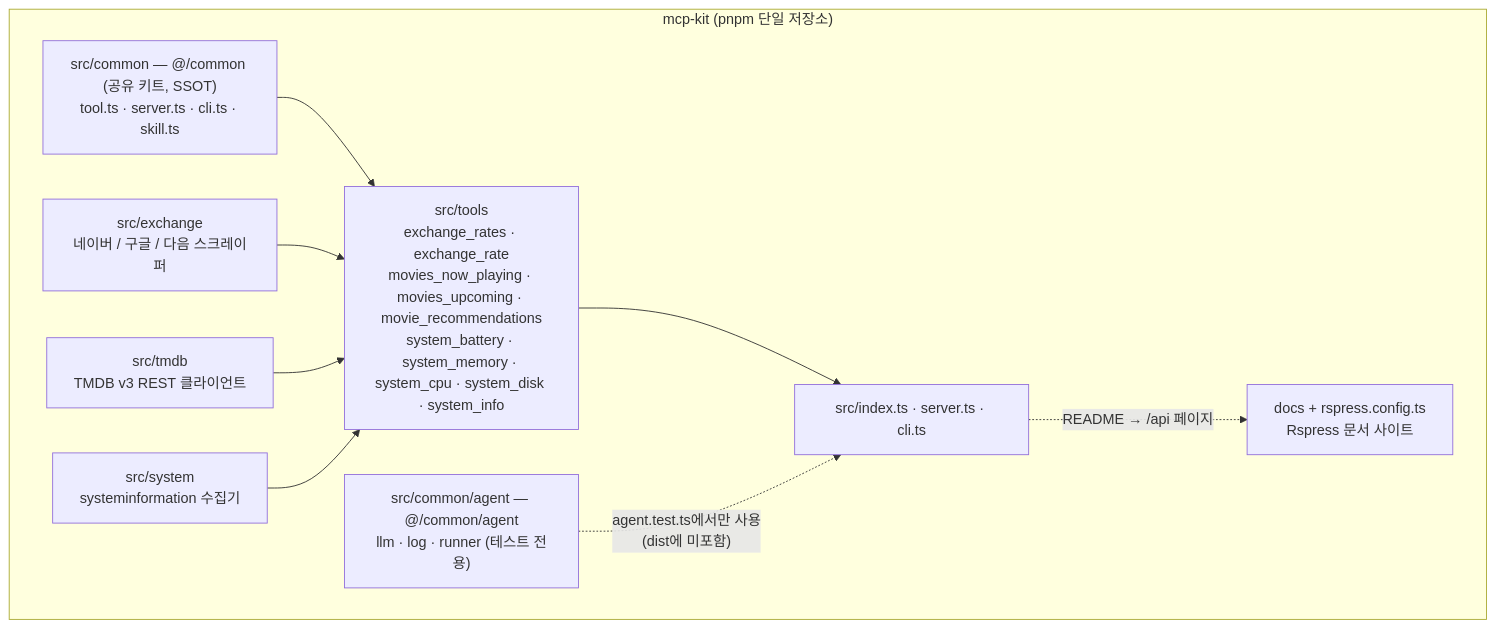
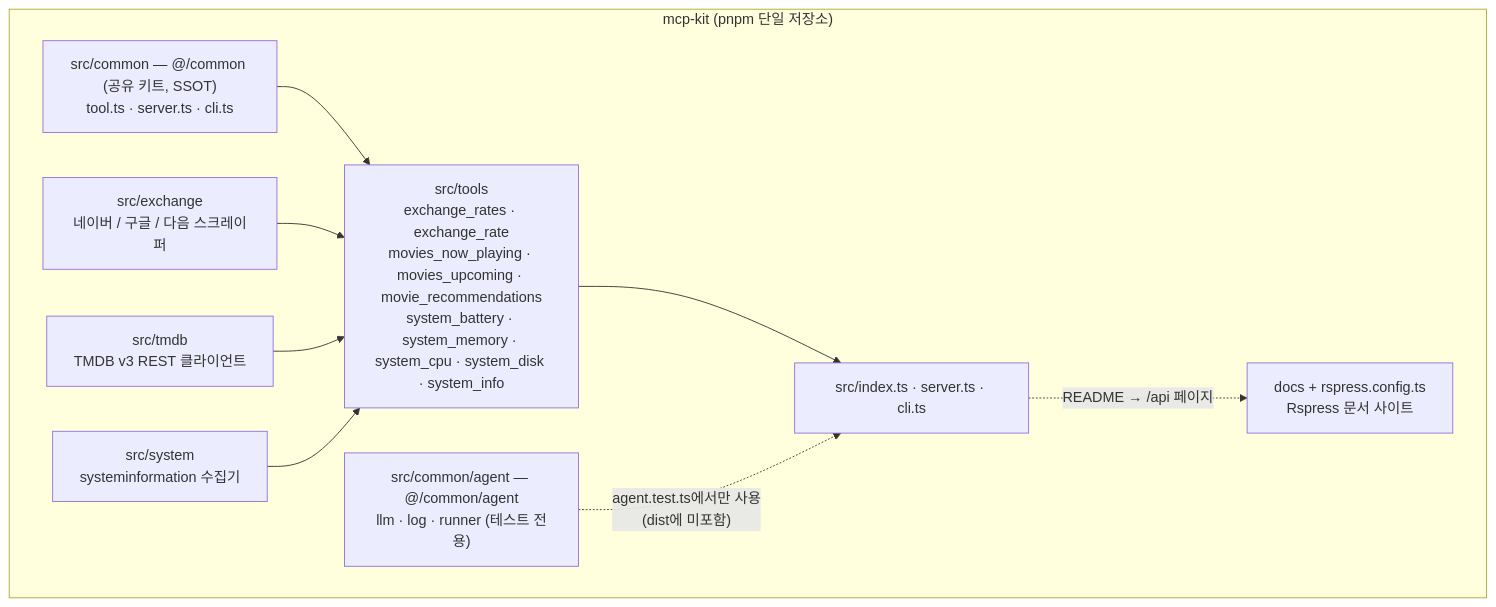
The first of 4 diagrams in docs/ko/03-architecture.md (jl917/mcp-kit), drawn with Mermaid before and after one commit. The commit also changed other lines of this file and 43 other files, not shown here.

````diff
--- a/docs/ko/03-architecture.md
+++ b/docs/ko/03-architecture.md
@@ -164,21 +162,21 @@
 ```mermaid
 graph TD
     subgraph Repo["mcp-kit (pnpm 단일 저장소)"]
-        Common["src/common — @/common (공유 키트, SSOT)<br/>tool.ts · server.ts · cli.ts · skill.ts"]
+        Common["src/common — @/common (공유 키트, SSOT)<br/>tool.ts · server.ts · cli.ts"]
         Agent["src/common/agent — @/common/agent<br/>llm · log · runner (테스트 전용)"]
         Exchange["src/exchange<br/>네이버 / 구글 / 다음 스크레이퍼"]
         Tmdb["src/tmdb<br/>TMDB v3 REST 클라이언트"]
         System["src/system<br/>systeminformation 수집기"]
         Tools["src/tools<br/>exchange_rates · exchange_rate<br/>movies_now_playing · movies_upcoming · movie_recommendations<br/>system_battery · system_memory · system_cpu · system_disk · system_info"]
         Entries["src/index.ts · server.ts · cli.ts"]
         Site["docs + rspress.config.ts<br/>Rspress 문서 사이트"]
     end
 
     Common --> Tools
     Exchange --> Tools
     Tmdb --> Tools
     System --> Tools
     Tools --> Entries
     Agent -.->|"agent.test.ts에서만 사용<br/>(dist에 미포함)"| Entries
     Entries -.->|"README → /api 페이지"| Site
 ```
````
